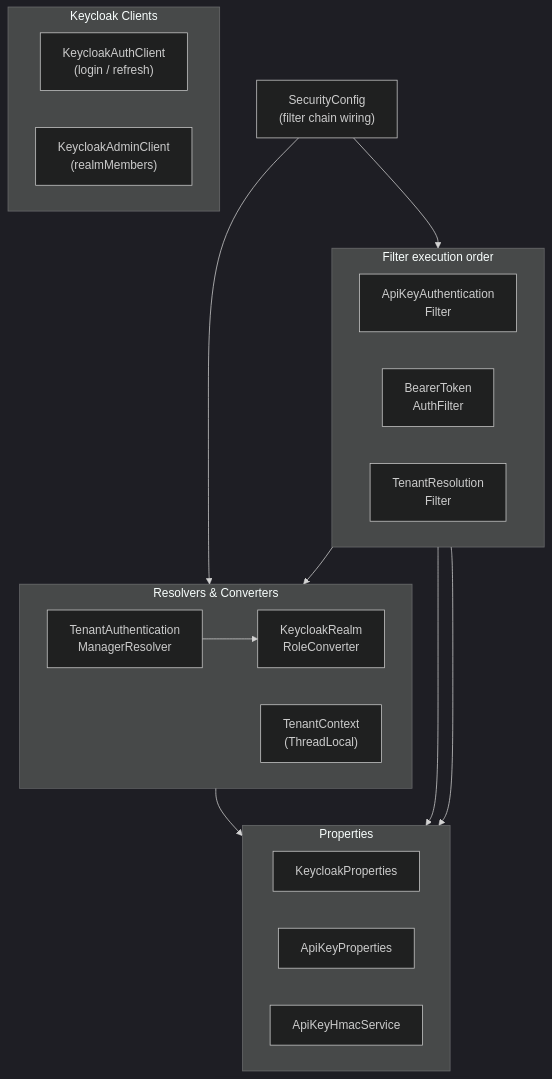
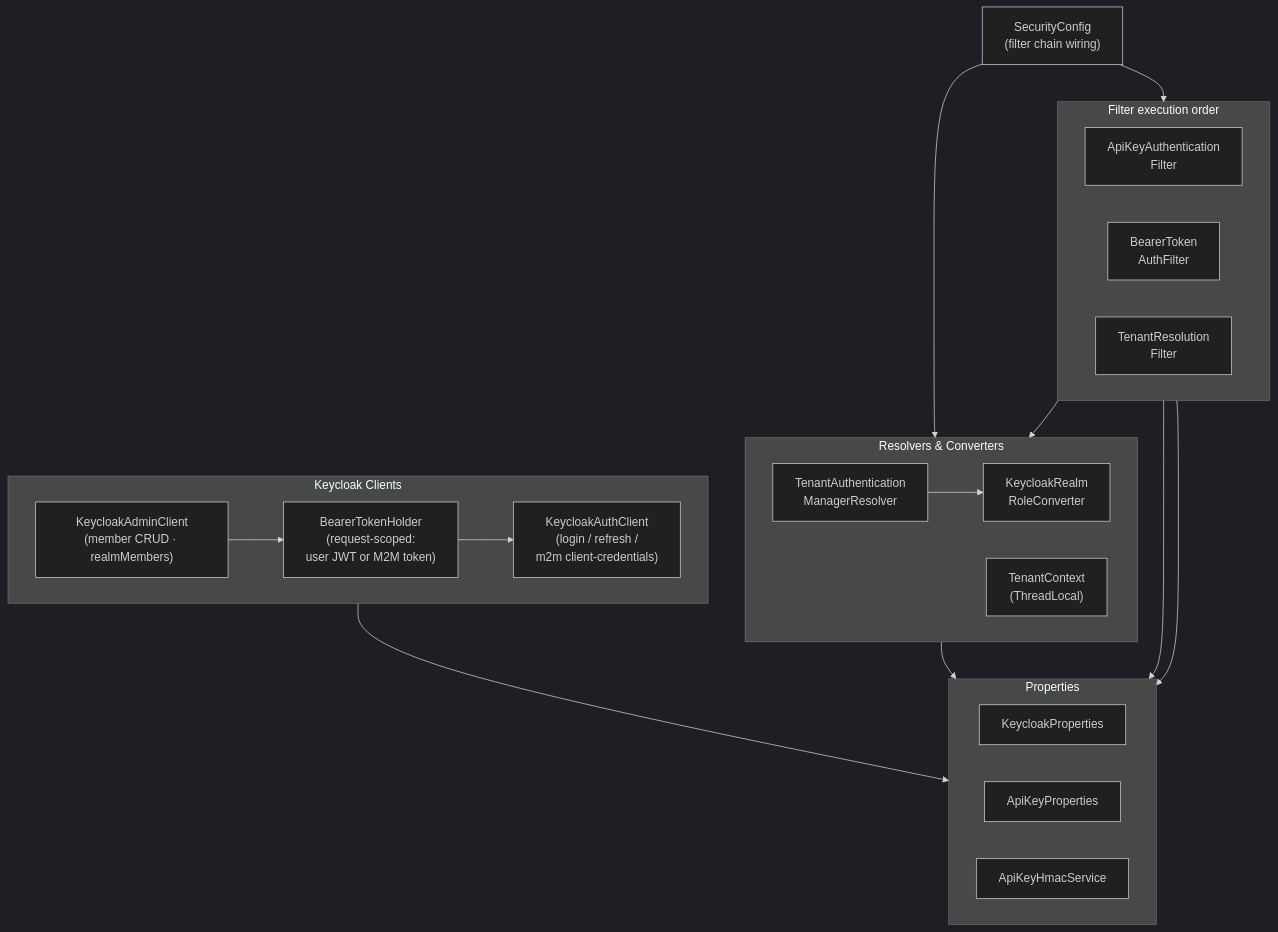
The ninth of 12 diagrams in docs/architecture.md (totopoloco/dbchatbox), drawn with Mermaid (dark theme) before and after one commit. The commit also changed other lines of this file and 1 other file, not shown here.

Commit message:
updates in the architecture

````diff
--- a/docs/architecture.md
+++ b/docs/architecture.md
@@ -234,37 +306,40 @@
 ```mermaid
 graph TB
     SC["SecurityConfig<br/>(filter chain wiring)"]
 
     subgraph Filters["Filter execution order"]
         direction LR
         AKAF["ApiKeyAuthentication<br/>Filter"]
         BTAF["BearerToken<br/>AuthFilter"]
         TRF["TenantResolution<br/>Filter"]
     end
 
     subgraph Resolvers["Resolvers & Converters"]
         direction LR
         TAMR["TenantAuthentication<br/>ManagerResolver"]
         KRRC["KeycloakRealm<br/>RoleConverter"]
         TC["TenantContext<br/>(ThreadLocal)"]
     end
 
     subgraph Clients["Keycloak Clients"]
         direction LR
-        KAC["KeycloakAuthClient<br/>(login / refresh)"]
-        KADM["KeycloakAdminClient<br/>(realmMembers)"]
+        KAC["KeycloakAuthClient<br/>(login / refresh /<br/>m2m client-credentials)"]
+        KADM["KeycloakAdminClient<br/>(member CRUD · realmMembers)"]
+        BTH["BearerTokenHolder<br/>(request-scoped:<br/>user JWT or M2M token)"]
     end
 
     subgraph Props["Properties"]
         direction LR
         KP["KeycloakProperties"]
         AKP["ApiKeyProperties"]
         AKHS["ApiKeyHmacService"]
     end
 
     SC --> Filters
     SC --> TAMR
     AKAF --> AKHS & AKP
     TAMR --> KRRC & KP
     TRF  --> TC
+    KADM --> BTH
+    BTH  --> KAC & KP
 ```
````
